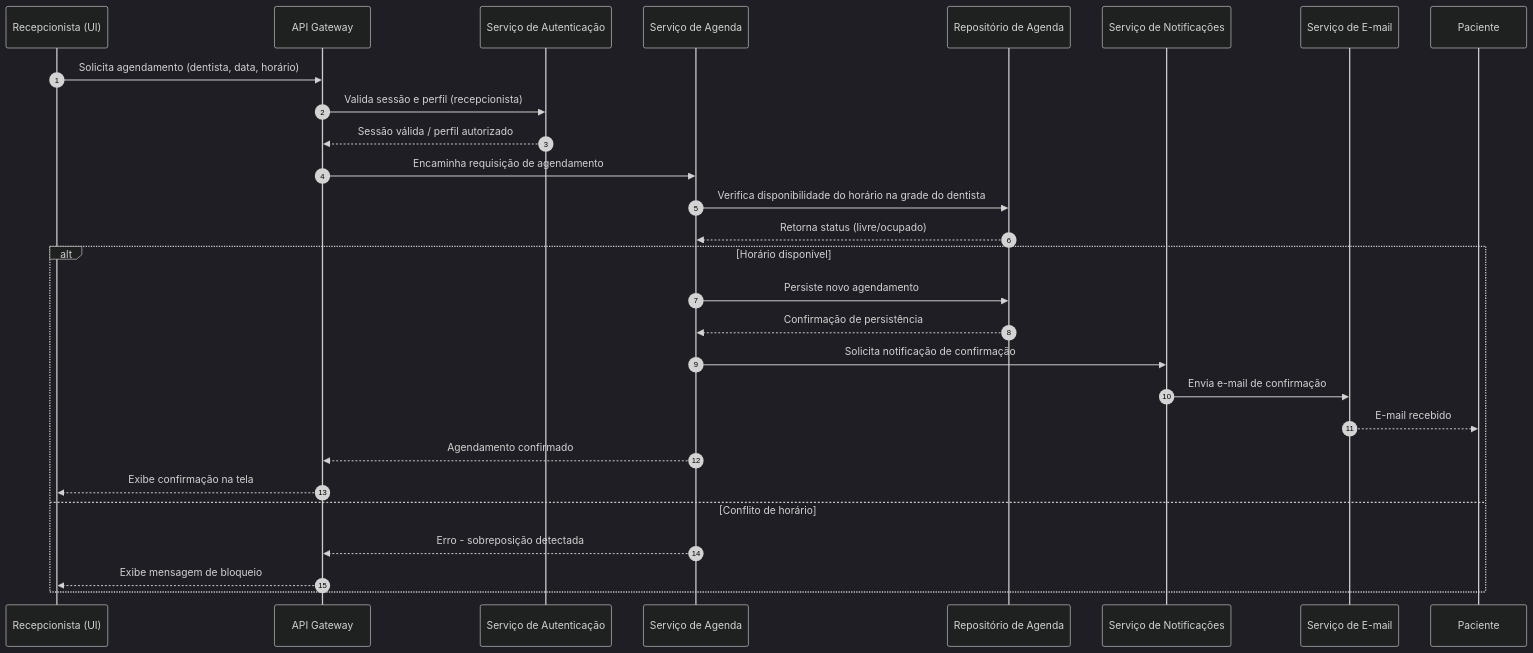
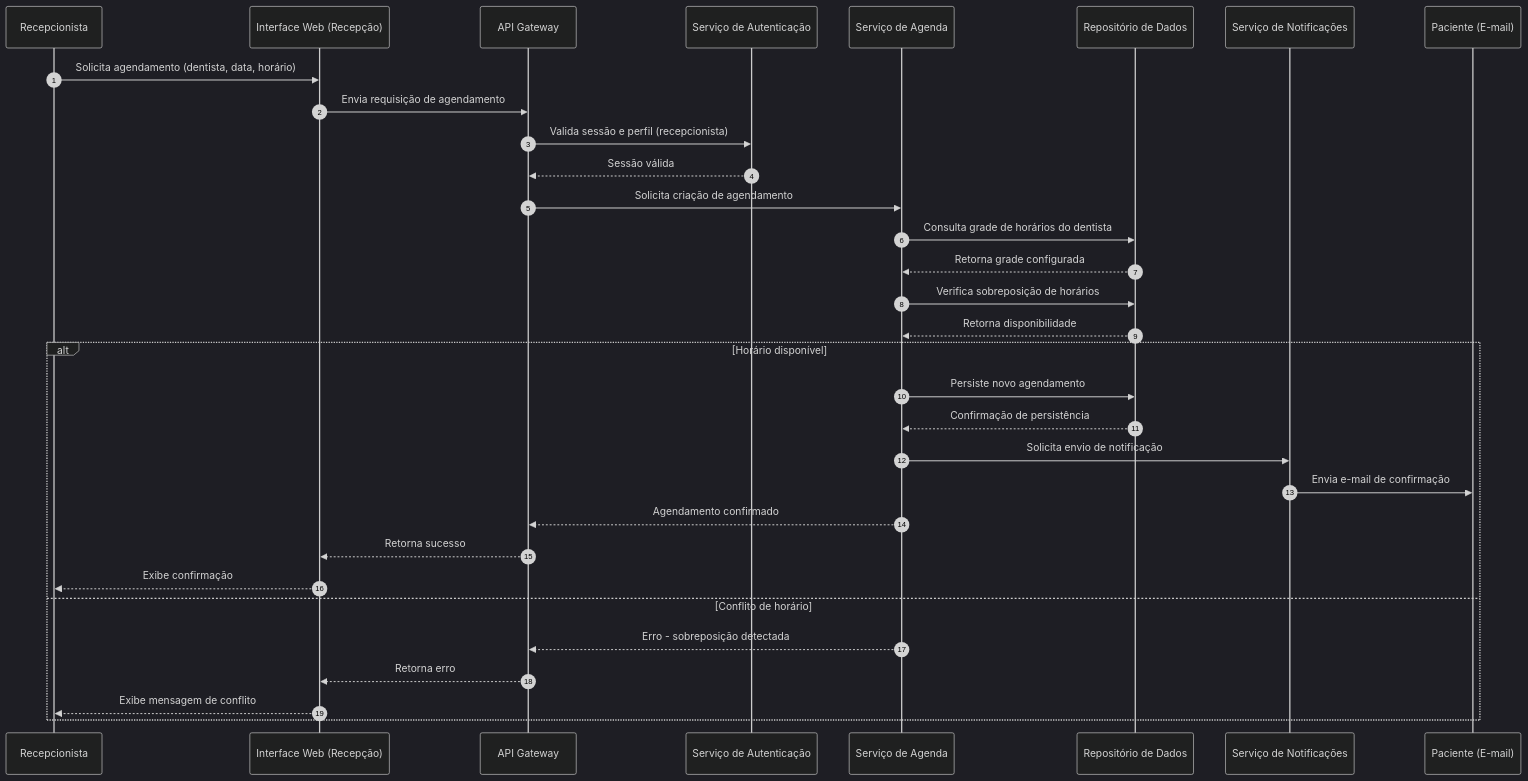
The second of 3 diagrams in docs/Time_2_Design/analise-qualitativa/outputs/relatorio_claude_sonnet_5_M02.md (PDC-ESIA/AI4ES), drawn with Mermaid (dark theme) before and after one commit. The commit also changed other lines of this file and 107 other files, not shown here.

````diff
--- a/docs/Time_2_Design/analise-qualitativa/outputs/relatorio_claude_sonnet_5_M02.md
+++ b/docs/Time_2_Design/analise-qualitativa/outputs/relatorio_claude_sonnet_5_M02.md
@@ -105,31 +82,35 @@
 ```mermaid
 sequenceDiagram
     autonumber
-    participant REC as Recepcionista (UI)
+    participant REC as Recepcionista
+    participant UI as Interface Web (Recepção)
     participant GW as API Gateway
     participant AUTH as Serviço de Autenticação
-    participant AGE as Serviço de Agenda
-    participant DBAGE as Repositório de Agenda
+    participant AG as Serviço de Agenda
+    participant DB as Repositório de Dados
     participant NOT as Serviço de Notificações
-    participant EMAIL as Serviço de E-mail
-    participant PAC as Paciente
+    participant PAC as Paciente (E-mail)
 
-    REC->>GW: Solicita agendamento (dentista, data, horário)
+    REC->>UI: Solicita agendamento (dentista, data, horário)
+    UI->>GW: Envia requisição de agendamento
     GW->>AUTH: Valida sessão e perfil (recepcionista)
-    AUTH-->>GW: Sessão válida / perfil autorizado
-    GW->>AGE: Encaminha requisição de agendamento
-    AGE->>DBAGE: Verifica disponibilidade do horário na grade do dentista
-    DBAGE-->>AGE: Retorna status (livre/ocupado)
+    AUTH-->>GW: Sessão válida
+    GW->>AG: Solicita criação de agendamento
+    AG->>DB: Consulta grade de horários do dentista
+    DB-->>AG: Retorna grade configurada
+    AG->>DB: Verifica sobreposição de horários
+    DB-->>AG: Retorna disponibilidade
     alt Horário disponível
-        AGE->>DBAGE: Persiste novo agendamento
-        DBAGE-->>AGE: Confirmação de persistência
-        AGE->>NOT: Solicita notificação de confirmação
-        NOT->>EMAIL: Envia e-mail de confirmação
-        EMAIL-->>PAC: E-mail recebido
-        AGE-->>GW: Agendamento confirmado
-        GW-->>REC: Exibe confirmação na tela
+        AG->>DB: Persiste novo agendamento
+        DB-->>AG: Confirmação de persistência
+        AG->>NOT: Solicita envio de notificação
+        NOT->>PAC: Envia e-mail de confirmação
+        AG-->>GW: Agendamento confirmado
+        GW-->>UI: Retorna sucesso
+        UI-->>REC: Exibe confirmação
     else Conflito de horário
-        AGE-->>GW: Erro - sobreposição detectada
-        GW-->>REC: Exibe mensagem de bloqueio
+        AG-->>GW: Erro - sobreposição detectada
+        GW-->>UI: Retorna erro
+        UI-->>REC: Exibe mensagem de conflito
     end
 ```
````
